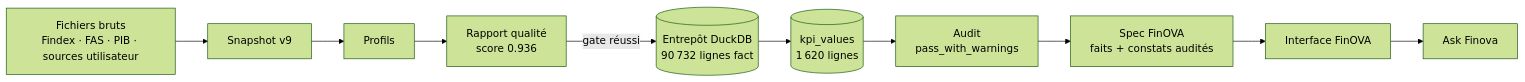
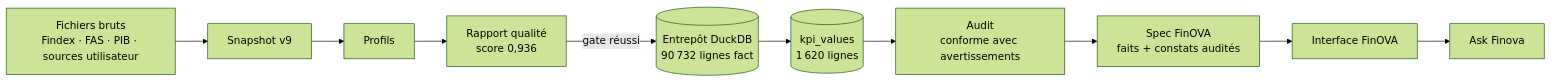
One commit to khalilbenyoussef/data-science-project changed the third of 3 diagrams in docs/deliverables/ARCHITECTURE.md. Above: the diagram before and after it, drawn with Mermaid (forest theme). The commit also changed other lines of this file and 25 other files, not shown here.

````diff
--- a/docs/deliverables/ARCHITECTURE.md
+++ b/docs/deliverables/ARCHITECTURE.md
@@ -108,10 +109,10 @@
 ```mermaid
 flowchart LR
   RAW["Fichiers bruts<br/>Findex · FAS · PIB · sources utilisateur"] --> SNAP["Snapshot v9"]
-  SNAP --> PROF[Profils] --> QUAL["Rapport qualité<br/>score 0.936"]
+  SNAP --> PROF[Profils] --> QUAL["Rapport qualité<br/>score 0,936"]
   QUAL -->|gate réussi| DW[("Entrepôt DuckDB<br/>90 732 lignes fact")]
   DW --> KPI[("kpi_values<br/>1 620 lignes")]
-  KPI --> AUD["Audit<br/>pass_with_warnings"]
+  KPI --> AUD["Audit<br/>conforme avec avertissements"]
   AUD --> SPEC["Spec FinOVA<br/>faits + constats audités"]
   SPEC --> UI[Interface FinOVA] --> ASK[Ask Finova]
 ```
````
